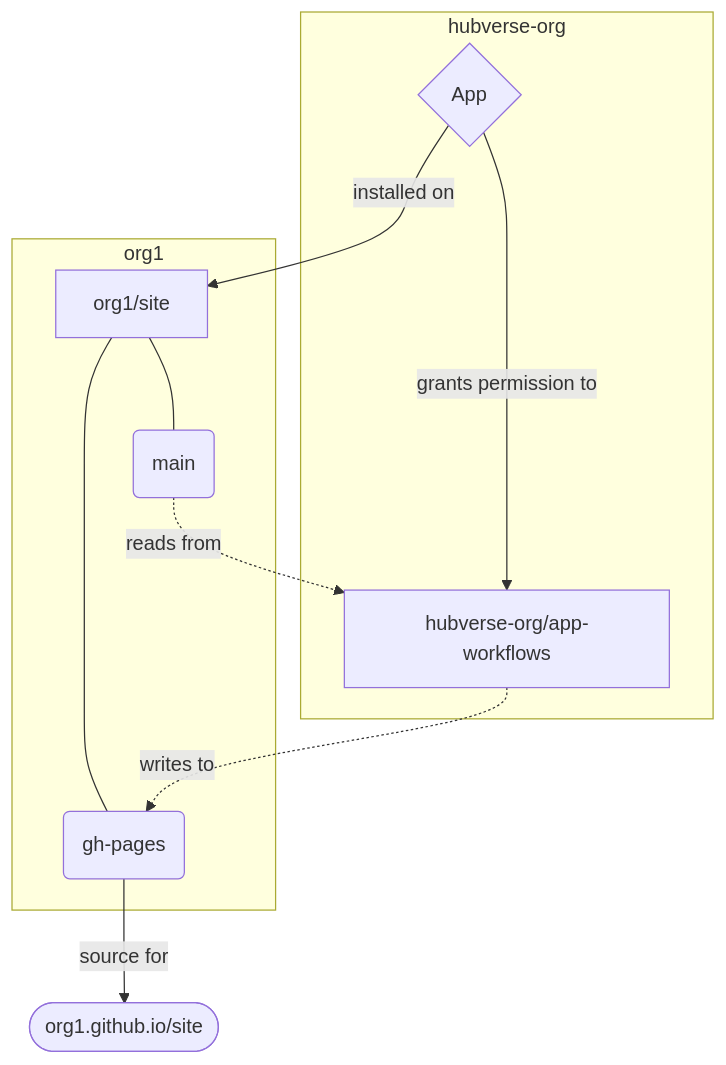
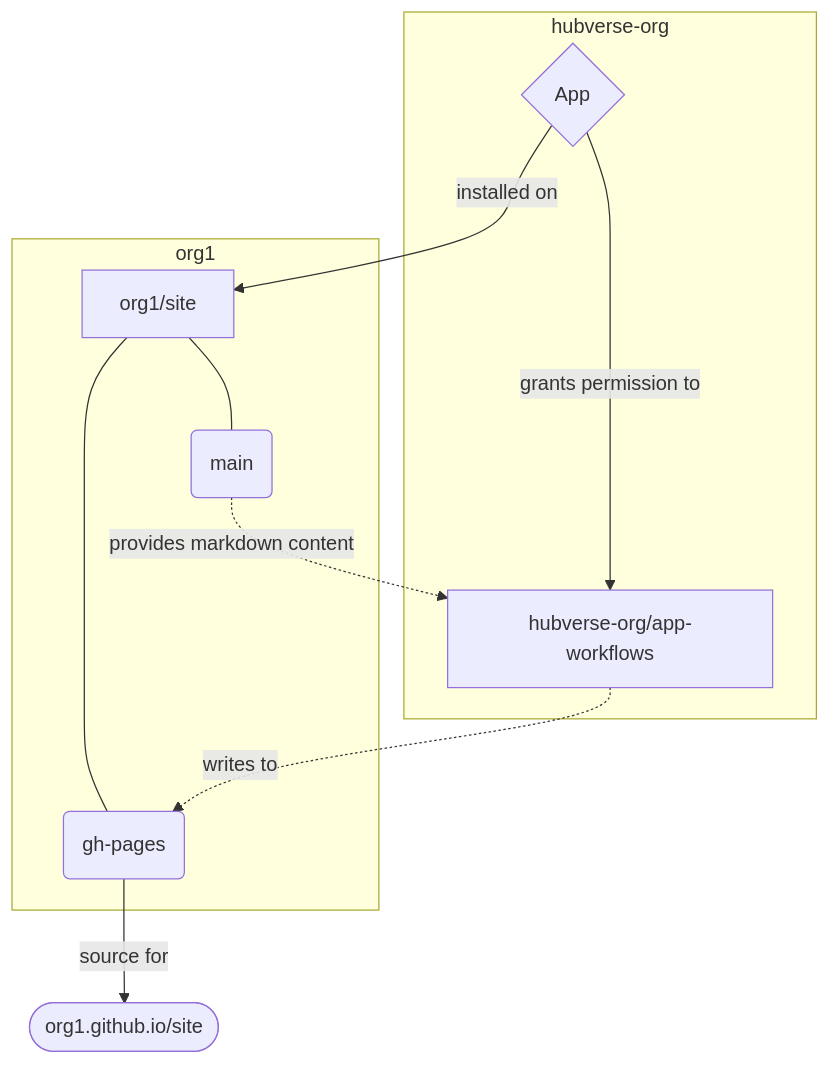
Before and after one commit to zkamvar/test-fictional-octo-disco: the second of 3 diagrams in README.md, drawn with Mermaid.

````diff
--- a/README.md
+++ b/README.md
@@ -58,23 +58,23 @@
 ```mermaid
 flowchart TD
     subgraph hubverse-org
     app{"App"}
     app-workflows["hubverse-org/app-workflows"]
     end
 
     subgraph org1
     site1-repo["org1/site"]
     main(main)
     gh-pages(gh-pages)
     end
 
     site1(["org1.github.io/site"])
 
     site1-repo---main
     site1-repo---gh-pages
-    main-.->|reads from|app-workflows
+    main-.->|provides markdown content|app-workflows
     app-->|grants permission to|app-workflows
     app-workflows-.->|writes to|gh-pages
     gh-pages-->|source for|site1
     app-->|installed on|site1-repo
 ```
````
